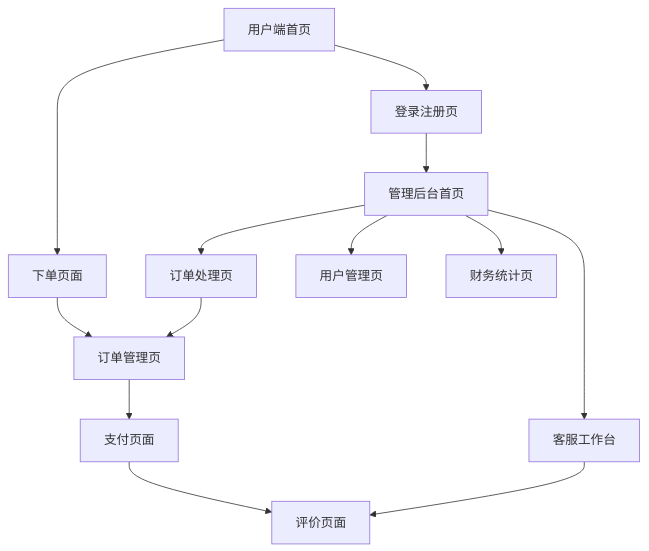
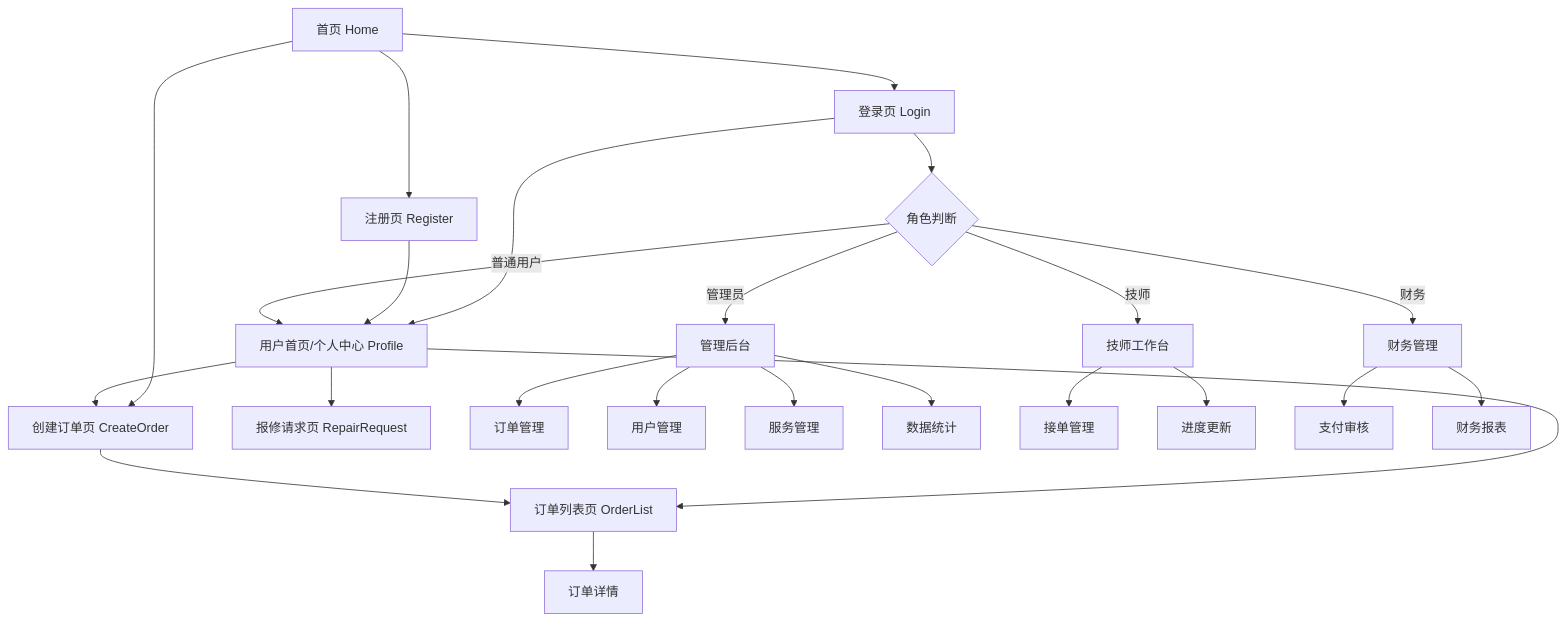
The diagram in docs/产品需求文档.md (JackWPP/XGX_Flash_Fix), drawn with Mermaid before and after one commit. The commit also changed other lines of this file and 2 other files, not shown here.

````diff
--- a/docs/产品需求文档.md
+++ b/docs/产品需求文档.md
@@ -83,17 +68,30 @@
 ```mermaid
 graph TD
-    A[用户端首页] --> B[登录注册页]
-    A --> C[下单页面]
-    C --> D[订单管理页]
-    D --> E[支付页面]
-    E --> F[评价页面]
-    
-    B --> G[管理后台首页]
-    G --> H[订单处理页]
-    G --> I[用户管理页]
-    G --> J[财务统计页]
-    G --> K[客服工作台]
-    
-    H --> D
-    K --> F
+  A[首页 Home] --> B[登录页 Login]
+  A --> C[注册页 Register]
+  B --> D[用户首页/个人中心 Profile]
+  C --> D
+  A --> E[创建订单页 CreateOrder]
+  D --> E
+  D --> F[订单列表页 OrderList]
+  D --> G[报修请求页 RepairRequest]
+  E --> F
+  F --> H[订单详情]
+  
+  B --> I{角色判断}
+  I -->|普通用户| D
+  I -->|技师| J[技师工作台]
+  I -->|管理员| K[管理后台]
+  I -->|财务| L[财务管理]
+  
+  K --> M[订单管理]
+  K --> N[用户管理]
+  K --> O[服务管理]
+  K --> P[数据统计]
+  
+  J --> Q[接单管理]
+  J --> R[进度更新]
+  
+  L --> S[支付审核]
+  L --> T[财务报表]
 ```
````
